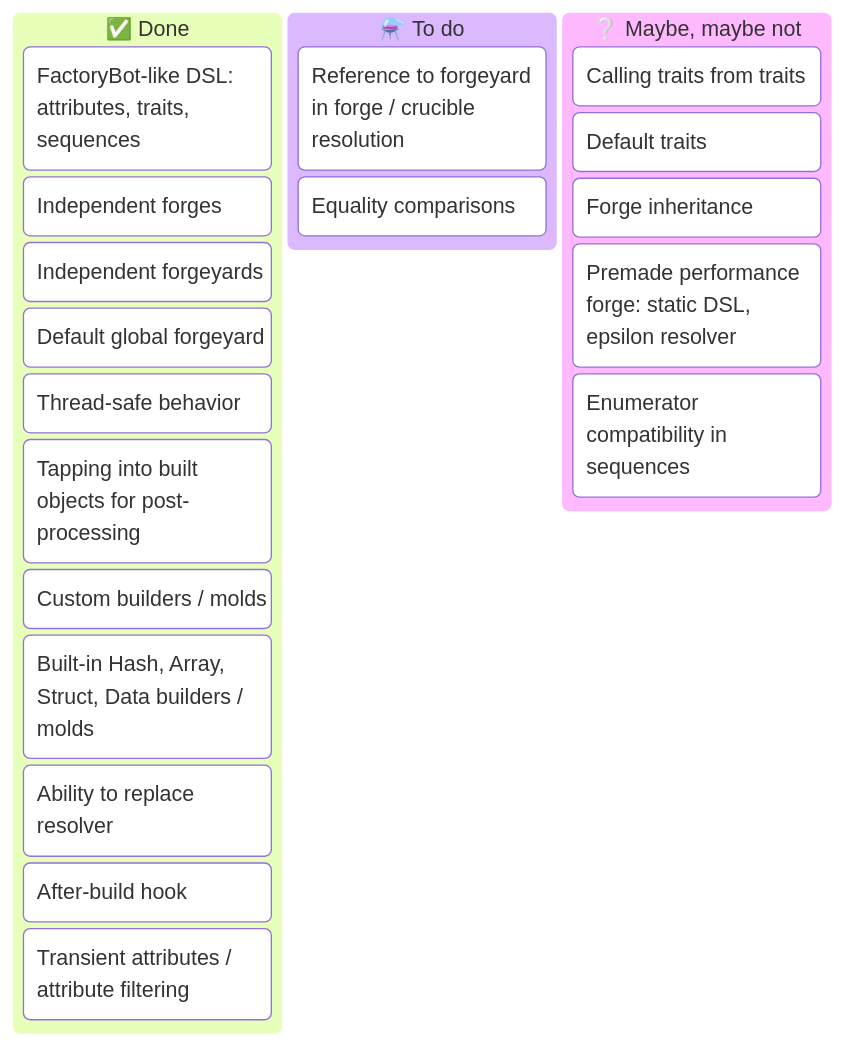
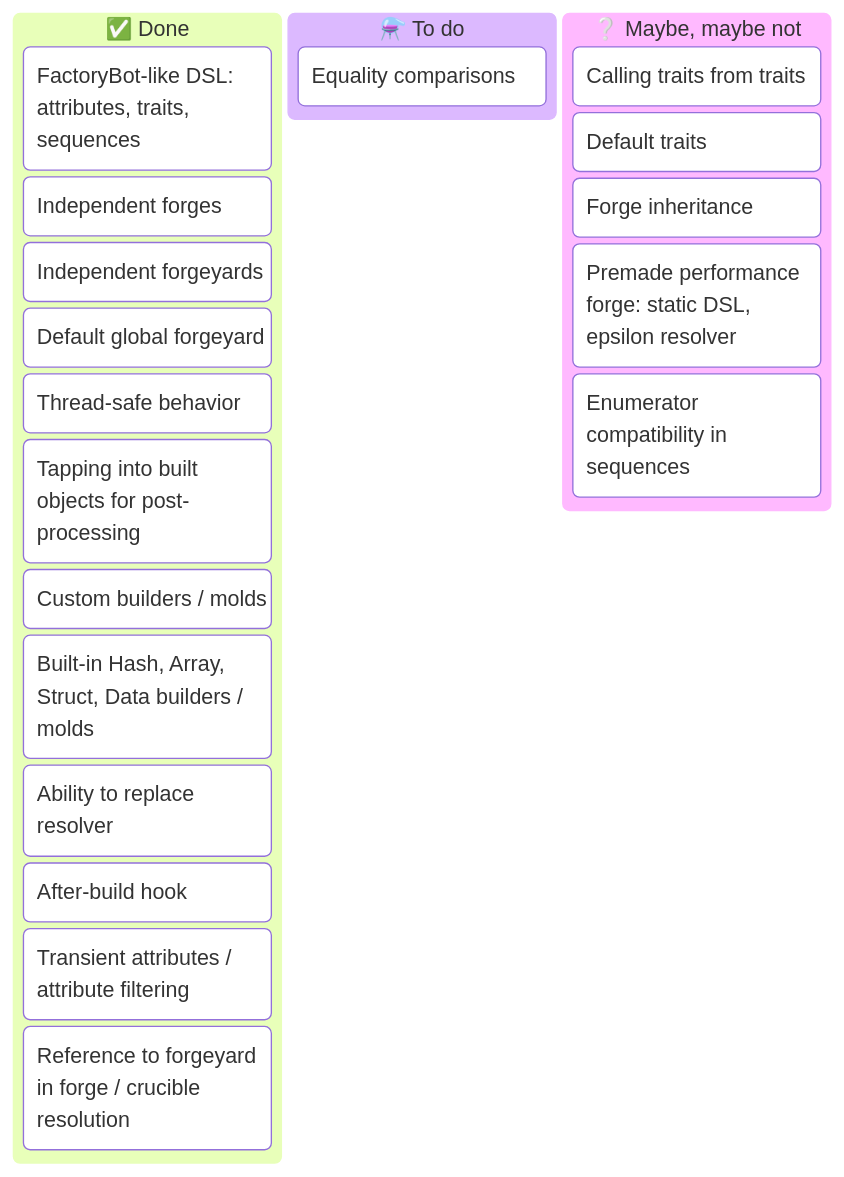
Before and after one commit to trinistr/object_forge: the diagram in README.md, drawn with Mermaid. The commit also changed other lines of this file and 12 other files, not shown here.

First line of the commit message:
Implement `yard` reference in `Crucible` (#21)

````diff
--- a/README.md
+++ b/README.md
@@ -413,24 +461,24 @@
 ```mermaid
 kanban
   [✅ Done]
     [FactoryBot-like DSL: attributes, traits, sequences]
     [Independent forges]
     [Independent forgeyards]
     [Default global forgeyard]
     [Thread-safe behavior]
     [Tapping into built objects for post-processing]
     [Custom builders / molds]
     [Built-in Hash, Array, Struct, Data builders / molds]
     [Ability to replace resolver]
     [After-build hook]
     [Transient attributes / attribute filtering]
+    [Reference to forgeyard in forge / crucible resolution]
   [⚗️ To do]
-    [Reference to forgeyard in forge / crucible resolution]
     [Equality comparisons]
   [❔ Maybe, maybe not]
     [Calling traits from traits]
     [Default traits]
     [Forge inheritance]
     [Premade performance forge: static DSL, epsilon resolver]
     [Enumerator compatibility in sequences]
 ```
````
